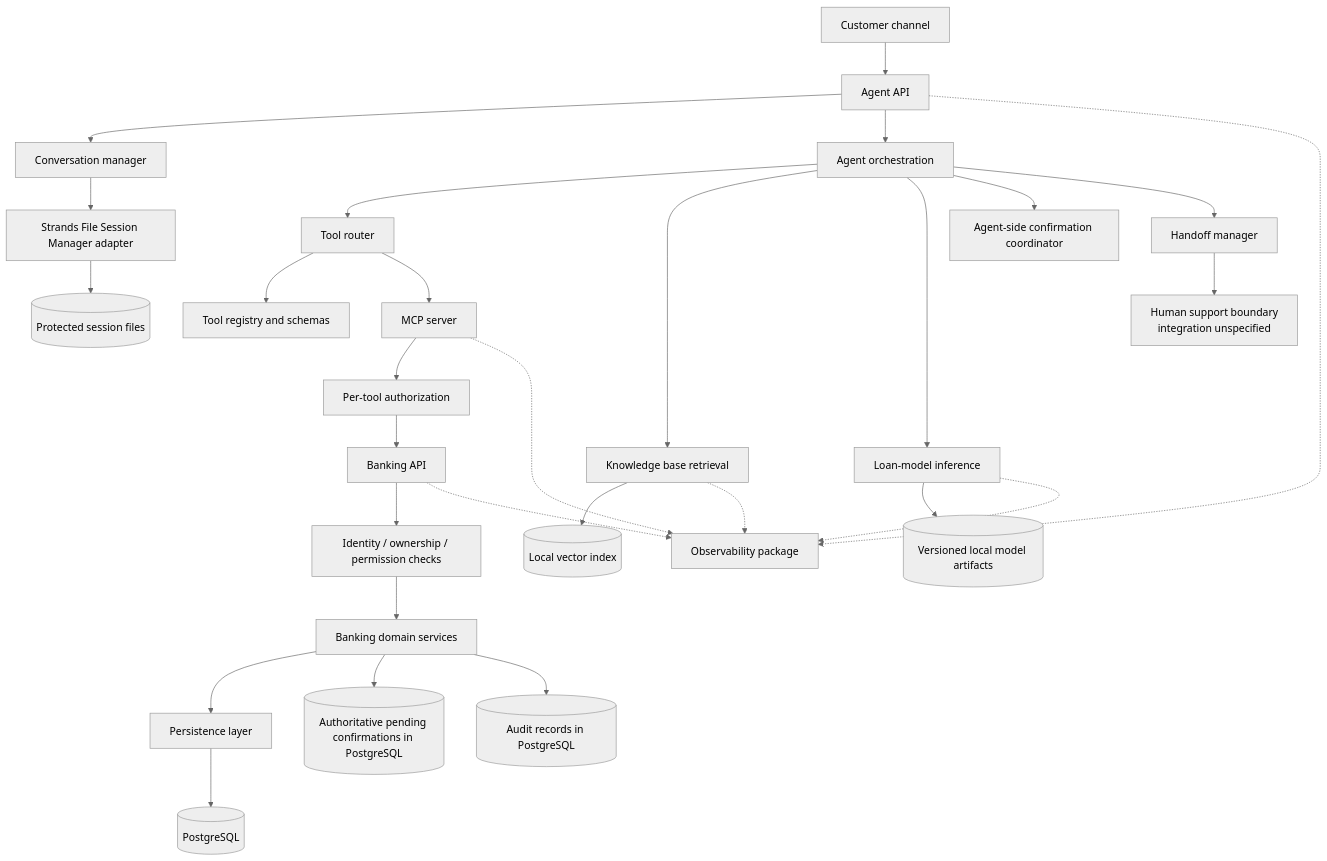
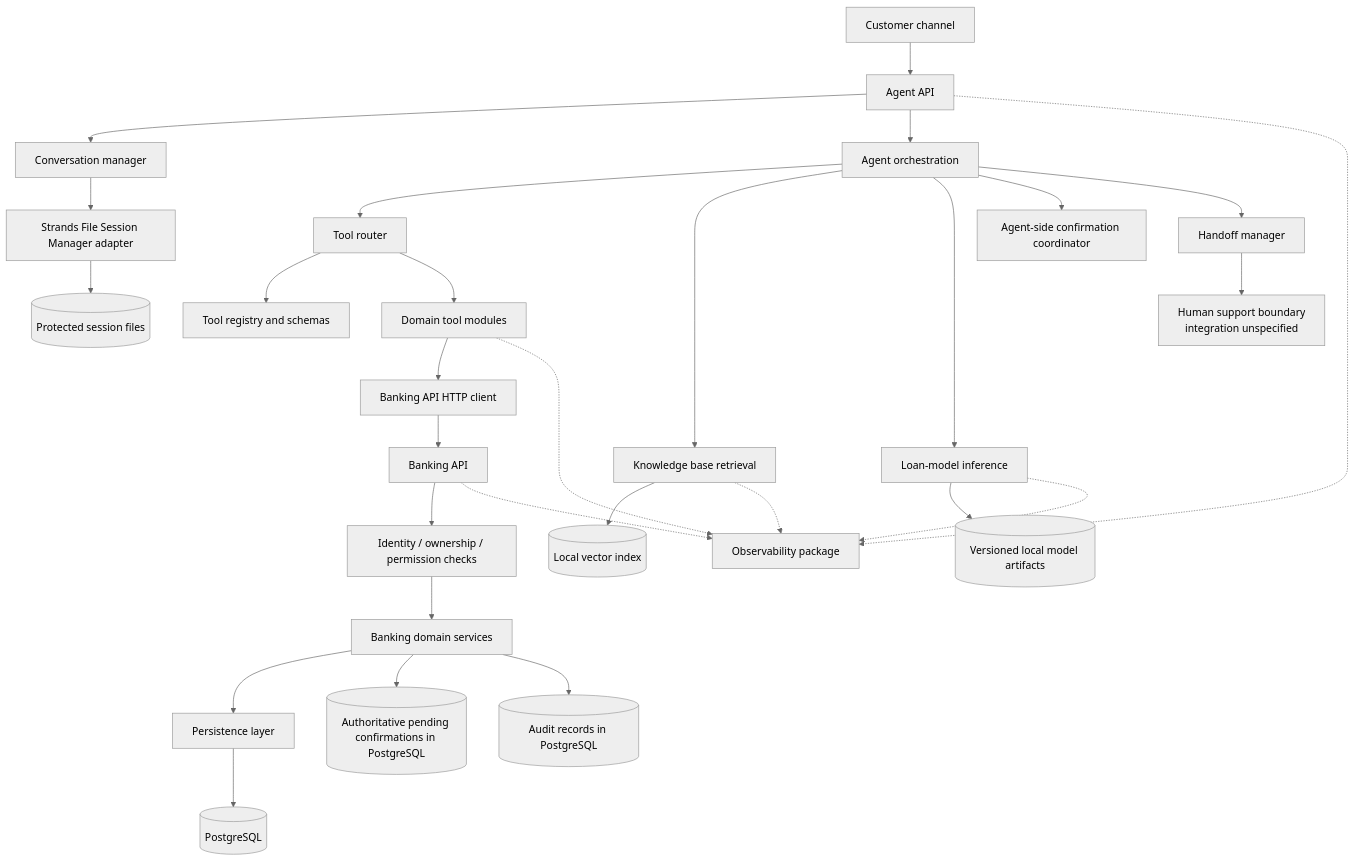
One commit to odb44/rubies-mfb-agent changed the diagram in docs/architecture/component-architecture.md. Above: the diagram before and after it, drawn with Mermaid (neutral theme). The commit also changed other lines of this file and 226 other files, not shown here.

````diff
--- a/docs/architecture/component-architecture.md
+++ b/docs/architecture/component-architecture.md
@@ -13,38 +13,38 @@
 ```mermaid
 flowchart TB
     Client[Customer channel] --> AgentAPI[Agent API]
     AgentAPI --> Conversation[Conversation manager]
     Conversation --> SessionAdapter[Strands File Session Manager adapter]
     SessionAdapter --> SessionFiles[(Protected session files)]
 
     AgentAPI --> Orchestrator[Agent orchestration]
     Orchestrator --> ToolRouter[Tool router]
     ToolRouter --> Registry[Tool registry and schemas]
-    ToolRouter --> MCP[MCP server]
-    MCP --> MCPAuth[Per-tool authorization]
-    MCPAuth --> BankingAPI[Banking API]
+    ToolRouter --> ToolModules[Domain tool modules]
+    ToolModules --> BankingClient[Banking API HTTP client]
+    BankingClient --> BankingAPI[Banking API]
 
     Orchestrator --> KB[Knowledge base retrieval]
     KB --> Vector[(Local vector index)]
 
     Orchestrator --> Loan[Loan-model inference]
     Loan --> Model[(Versioned local model artifacts)]
 
     BankingAPI --> Identity[Identity / ownership / permission checks]
     Identity --> Domain[Banking domain services]
     Domain --> Persistence[Persistence layer]
     Persistence --> DB[(PostgreSQL)]
 
     Orchestrator --> Confirmation[Agent-side confirmation coordinator]
     Domain --> ConfirmationStore[(Authoritative pending confirmations in PostgreSQL)]
     Domain --> Audit[(Audit records in PostgreSQL)]
 
     Orchestrator --> Handoff[Handoff manager]
     Handoff --> Support[Human support boundary<br/>integration unspecified]
 
     AgentAPI -.-> Obs[Observability package]
     BankingAPI -.-> Obs
-    MCP -.-> Obs
+    ToolModules -.-> Obs
     KB -.-> Obs
     Loan -.-> Obs
 ```
````
